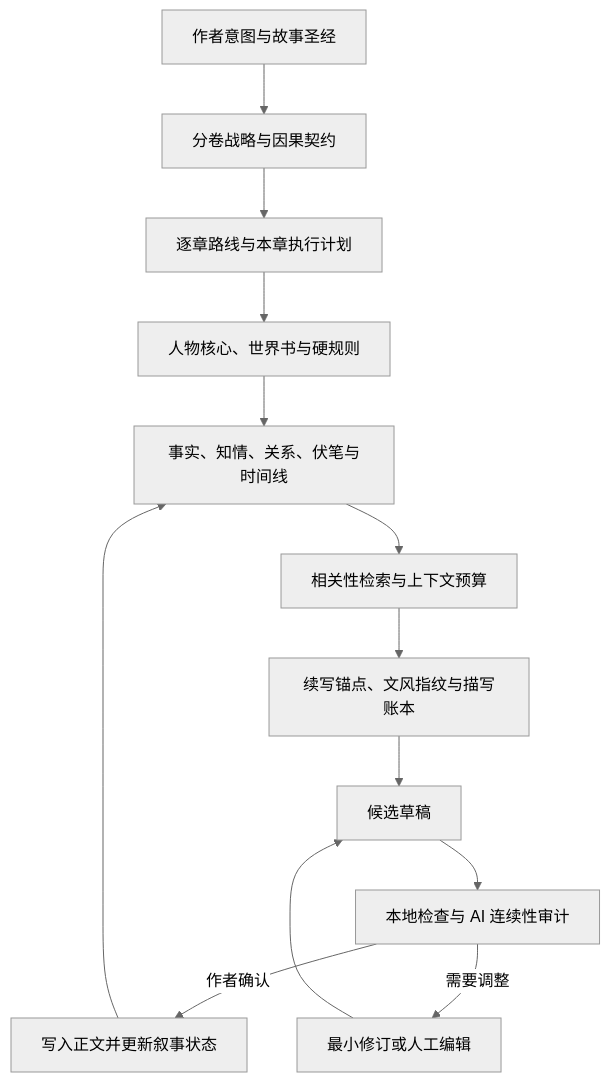
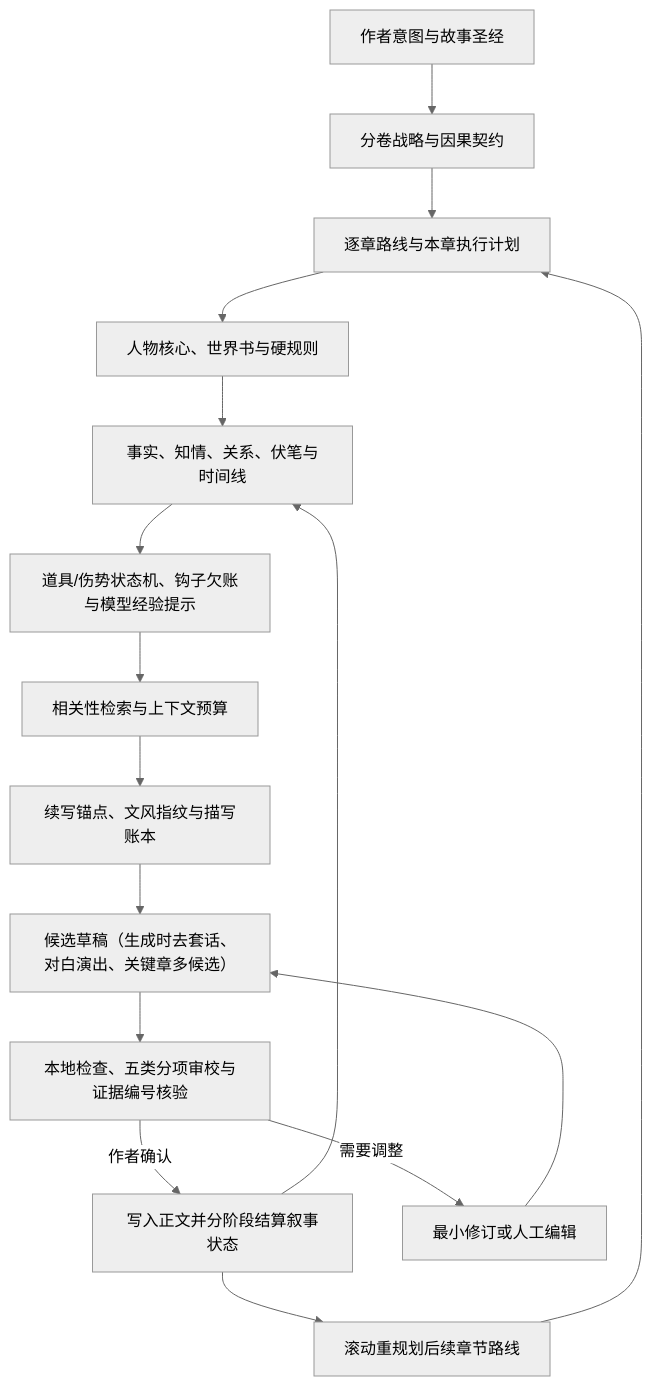
Before and after one commit to star031104/inkforge-local: the diagram in README.md, drawn with Mermaid (neutral theme). The commit also changed other lines of this file and 108 other files, not shown here.

````diff
--- a/README.md
+++ b/README.md
@@ -197,15 +228,18 @@
 ```mermaid
 flowchart TD
     A["作者意图与故事圣经"] --> B["分卷战略与因果契约"]
     B --> C["逐章路线与本章执行计划"]
     C --> D["人物核心、世界书与硬规则"]
     D --> E["事实、知情、关系、伏笔与时间线"]
-    E --> F["相关性检索与上下文预算"]
+    E --> E2["道具/伤势状态机、钩子欠账与模型经验提示"]
+    E2 --> F["相关性检索与上下文预算"]
     F --> G["续写锚点、文风指纹与描写账本"]
-    G --> H["候选草稿"]
-    H --> I["本地检查与 AI 连续性审计"]
-    I -->|作者确认| J["写入正文并更新叙事状态"]
+    G --> H["候选草稿（生成时去套话、对白演出、关键章多候选）"]
+    H --> I["本地检查、五类分项审校与证据编号核验"]
+    I -->|作者确认| J["写入正文并分阶段结算叙事状态"]
     J --> E
+    J --> R["滚动重规划后续章节路线"]
+    R --> C
     I -->|需要调整| K["最小修订或人工编辑"]
     K --> H
 ```
````
